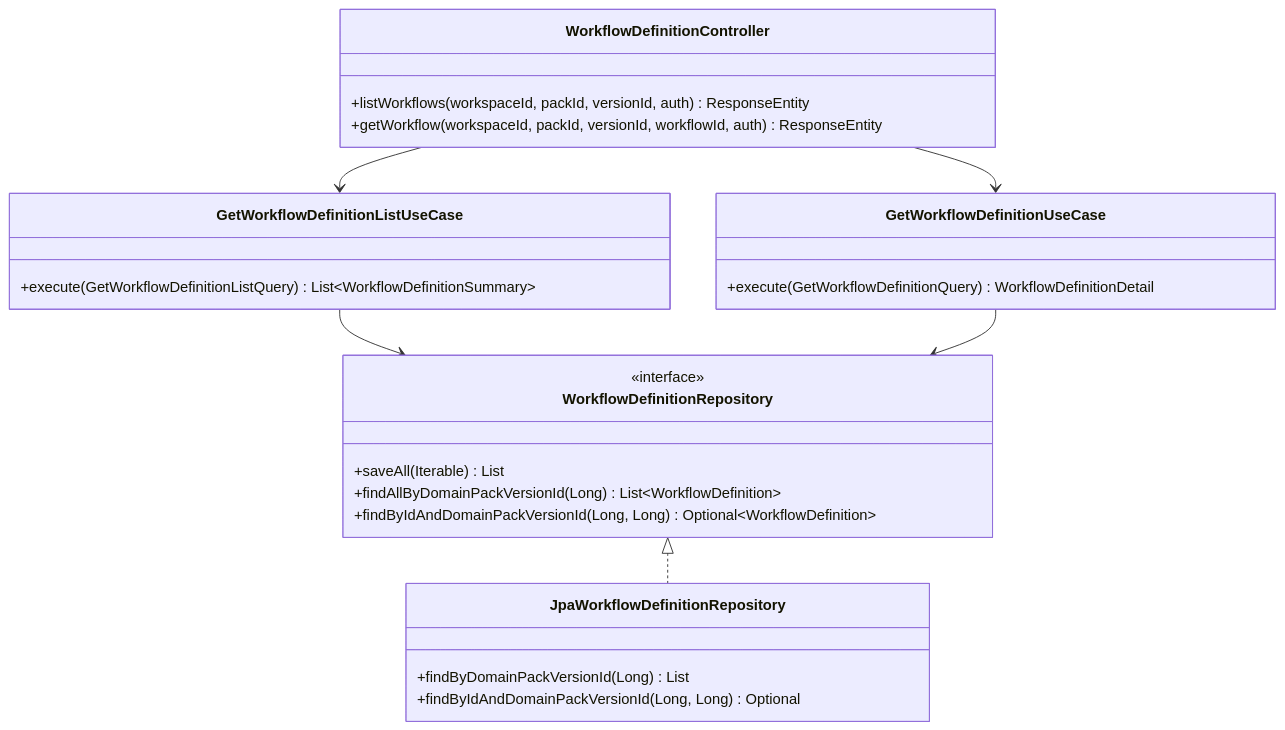
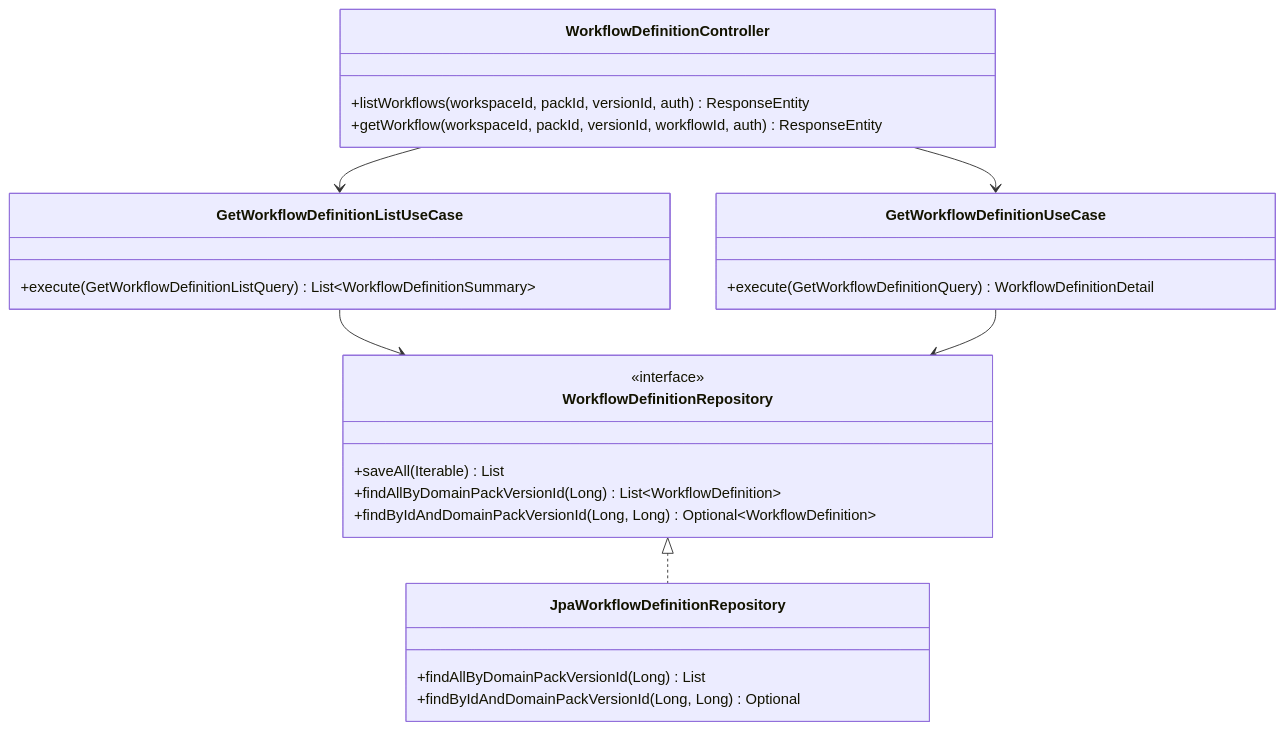
One commit to ajou-2026-1-capstone-5/ostone changed the second of 2 diagrams in .agent/specs/226.md. Above: the diagram before and after it, drawn with Mermaid. The commit also changed other lines of this file, not shown here.

````diff
--- a/.agent/specs/226.md
+++ b/.agent/specs/226.md
@@ -264,33 +266,33 @@
 ```mermaid
 classDiagram
     class WorkflowDefinitionController {
         +listWorkflows(workspaceId, packId, versionId, auth) ResponseEntity
         +getWorkflow(workspaceId, packId, versionId, workflowId, auth) ResponseEntity
     }
 
     class GetWorkflowDefinitionListUseCase {
         +execute(GetWorkflowDefinitionListQuery) List~WorkflowDefinitionSummary~
     }
 
     class GetWorkflowDefinitionUseCase {
         +execute(GetWorkflowDefinitionQuery) WorkflowDefinitionDetail
     }
 
     class WorkflowDefinitionRepository {
         <<interface>>
         +saveAll(Iterable) List
         +findAllByDomainPackVersionId(Long) List~WorkflowDefinition~
         +findByIdAndDomainPackVersionId(Long, Long) Optional~WorkflowDefinition~
     }
 
     class JpaWorkflowDefinitionRepository {
-        +findByDomainPackVersionId(Long) List
+        +findAllByDomainPackVersionId(Long) List
         +findByIdAndDomainPackVersionId(Long, Long) Optional
     }
 
     WorkflowDefinitionController --> GetWorkflowDefinitionListUseCase
     WorkflowDefinitionController --> GetWorkflowDefinitionUseCase
     GetWorkflowDefinitionListUseCase --> WorkflowDefinitionRepository
     GetWorkflowDefinitionUseCase --> WorkflowDefinitionRepository
     WorkflowDefinitionRepository <|.. JpaWorkflowDefinitionRepository
 ```
````
